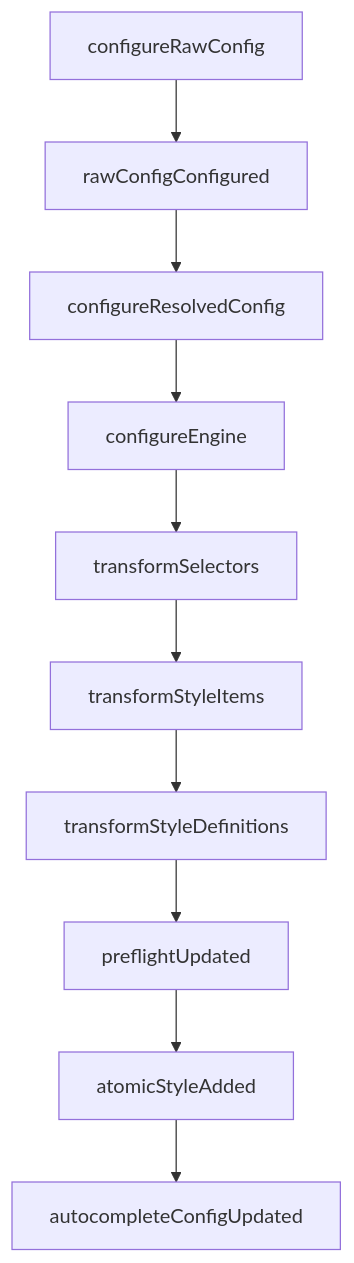
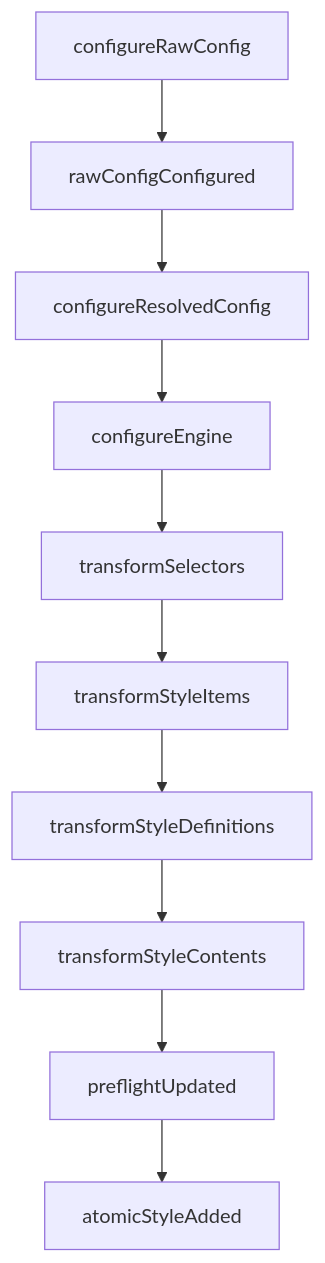
Before and after one commit to styocss/styocss: the diagram in .claude/skills/maintain-docs/templates/pages/plugin-development/available-hooks.md, drawn with Mermaid. The commit also changed other lines of this file and 156 other files, not shown here.

````diff
--- a/.claude/skills/maintain-docs/templates/pages/plugin-development/available-hooks.md
+++ b/.claude/skills/maintain-docs/templates/pages/plugin-development/available-hooks.md
@@ -7,12 +7,12 @@
 ```mermaid
 graph TD
   A[configureRawConfig] --> B[rawConfigConfigured]
   B --> C[configureResolvedConfig]
   C --> D[configureEngine]
   D --> E[transformSelectors]
   E --> F[transformStyleItems]
   F --> G[transformStyleDefinitions]
-  G --> H[preflightUpdated]
-  H --> I[atomicStyleAdded]
-  I --> J[autocompleteConfigUpdated]
+  G --> H[transformStyleContents]
+  H --> I[preflightUpdated]
+  I --> J[atomicStyleAdded]
 ```
````
